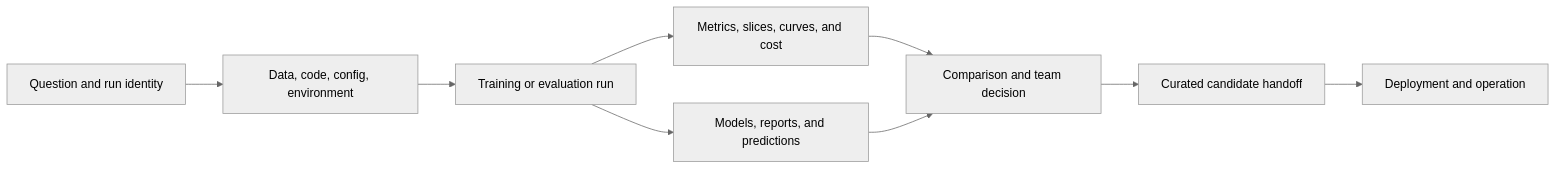
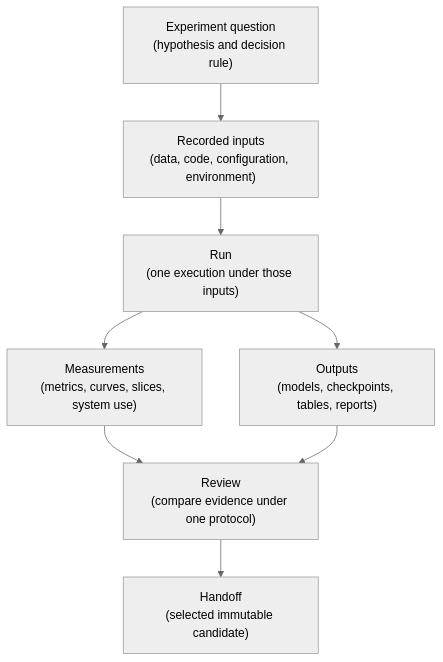
Before and after one commit to senlinyy/dev-roadmaps: the first of 5 diagrams in roadmaps/mlops/modules/experiments-and-reproducibility/tools-and-registries/01-mlflow-and-wandb.md, drawn with Mermaid (neutral theme). The commit also changed other lines of this file and 198 other files, not shown here.

````diff
--- a/roadmaps/mlops/modules/experiments-and-reproducibility/tools-and-registries/01-mlflow-and-wandb.md
+++ b/roadmaps/mlops/modules/experiments-and-reproducibility/tools-and-registries/01-mlflow-and-wandb.md
@@ -26,11 +36,10 @@
 ```mermaid
-flowchart LR
-    Intent["Question and run identity"] --> Inputs["Data, code, config, environment"]
-    Inputs --> Execute["Training or evaluation run"]
-    Execute --> Measures["Metrics, slices, curves, and cost"]
-    Execute --> Artifacts["Models, reports, and predictions"]
-    Measures --> Review["Comparison and team decision"]
-    Artifacts --> Review
-    Review --> Registry["Curated candidate handoff"]
-    Registry --> Release["Deployment and operation"]
+flowchart TD
+    A["Experiment question<br/>(hypothesis and decision rule)"] --> B["Recorded inputs<br/>(data, code, configuration, environment)"]
+    B --> C["Run<br/>(one execution under those inputs)"]
+    C --> D["Measurements<br/>(metrics, curves, slices, system use)"]
+    C --> E["Outputs<br/>(models, checkpoints, tables, reports)"]
+    D --> F["Review<br/>(compare evidence under one protocol)"]
+    E --> F
+    F --> G["Handoff<br/>(selected immutable candidate)"]
 ```
````
